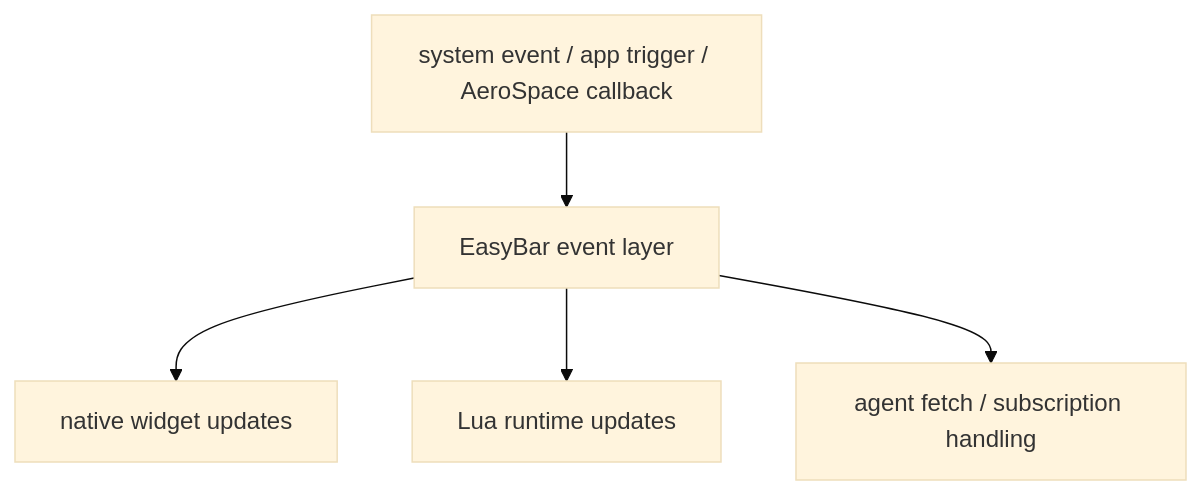
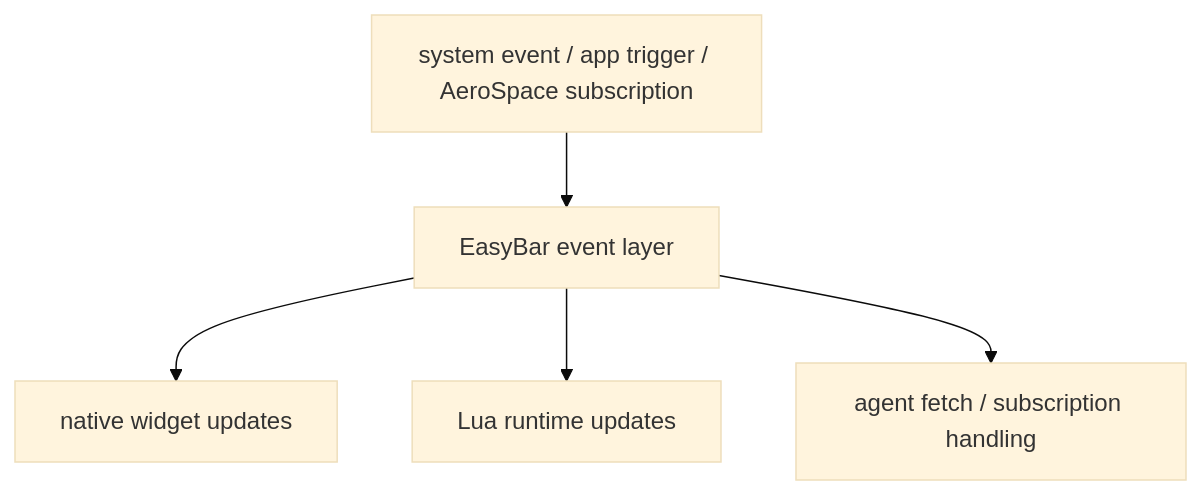
Before and after one commit to gi8lino/easybar: the diagram in docs/content/internals/architecture/event-flow.md, drawn with Mermaid (base theme). The commit also changed 12 other files, not shown here.

````diff
--- a/docs/content/internals/architecture/event-flow.md
+++ b/docs/content/internals/architecture/event-flow.md
@@ -14,8 +14,8 @@
 ```mermaid
 flowchart TB
-    Trigger["system event / app trigger / AeroSpace callback"] --> EventLayer["EasyBar event layer"]
+    Trigger["system event / app trigger / AeroSpace subscription"] --> EventLayer["EasyBar event layer"]
 
     EventLayer --> Native["native widget updates"]
     EventLayer --> Lua["Lua runtime updates"]
     EventLayer --> Agent["agent fetch / subscription handling"]
 ```
````
